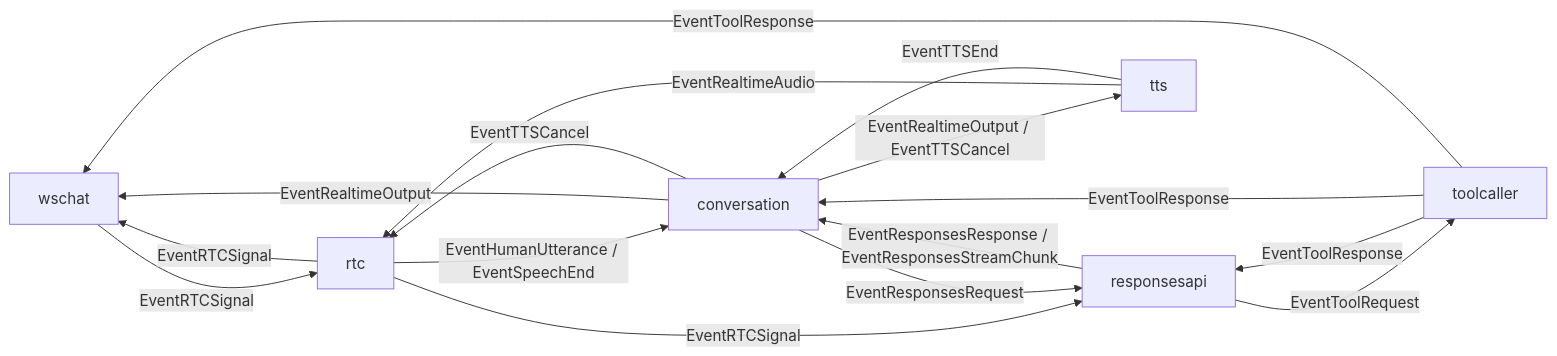
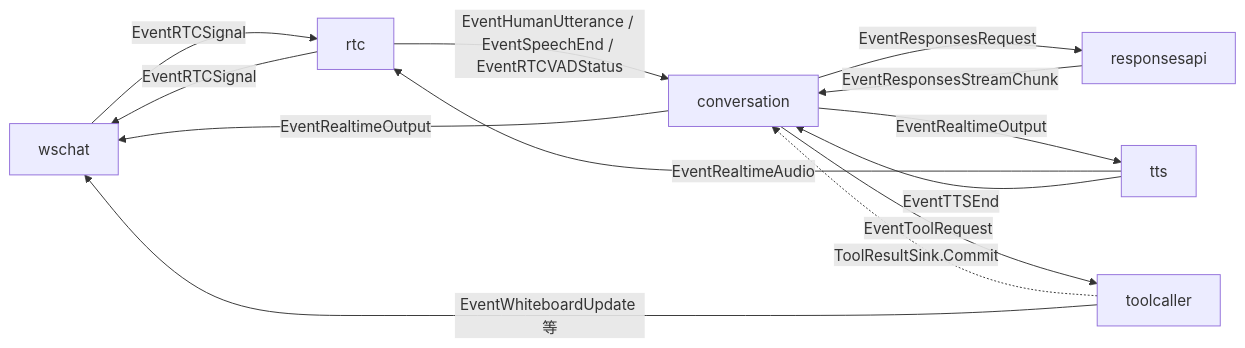
The diagram in docs/architecture.md (tetetratra/smart-speaker), drawn with Mermaid before and after one commit. The commit also changed other lines of this file and 9 other files, not shown here.

````diff
--- a/docs/architecture.md
+++ b/docs/architecture.md
@@ -49,31 +6,25 @@
 ```mermaid
 flowchart LR
   WS["wschat"]
+  RTC["rtc"]
   CONV["conversation"]
   RESP["responsesapi"]
+  TTS["tts"]
   TOOL["toolcaller"]
-  TTS["tts"]
-  RTC["rtc"]
-
-  CONV -->|EventRealtimeOutput| WS
 
   WS -->|EventRTCSignal| RTC
   RTC -->|EventRTCSignal| WS
-
-  RTC -->|EventHumanUtterance / EventSpeechEnd| CONV
-  RTC -->|EventRTCSignal| RESP
+  RTC -->|EventHumanUtterance / EventSpeechEnd / EventRTCVADStatus| CONV
 
   CONV -->|EventResponsesRequest| RESP
-  RESP -->|EventResponsesResponse / EventResponsesStreamChunk| CONV
+  RESP -->|EventResponsesStreamChunk| CONV
 
-  RESP -->|EventToolRequest| TOOL
-  TOOL -->|EventToolResponse| RESP
-  TOOL -->|EventToolResponse| CONV
-  TOOL -->|EventToolResponse| WS
-
-  CONV -->|EventRealtimeOutput / EventTTSCancel| TTS
+  CONV -->|EventRealtimeOutput| WS
+  CONV -->|EventRealtimeOutput| TTS
   TTS -->|EventRealtimeAudio| RTC
   TTS -->|EventTTSEnd| CONV
-  CONV -->|EventTTSCancel| RTC
 
+  CONV -->|EventToolRequest| TOOL
+  TOOL -.->|ToolResultSink.Commit| CONV
+  TOOL -->|EventWhiteboardUpdate 等| WS
 ```
````
